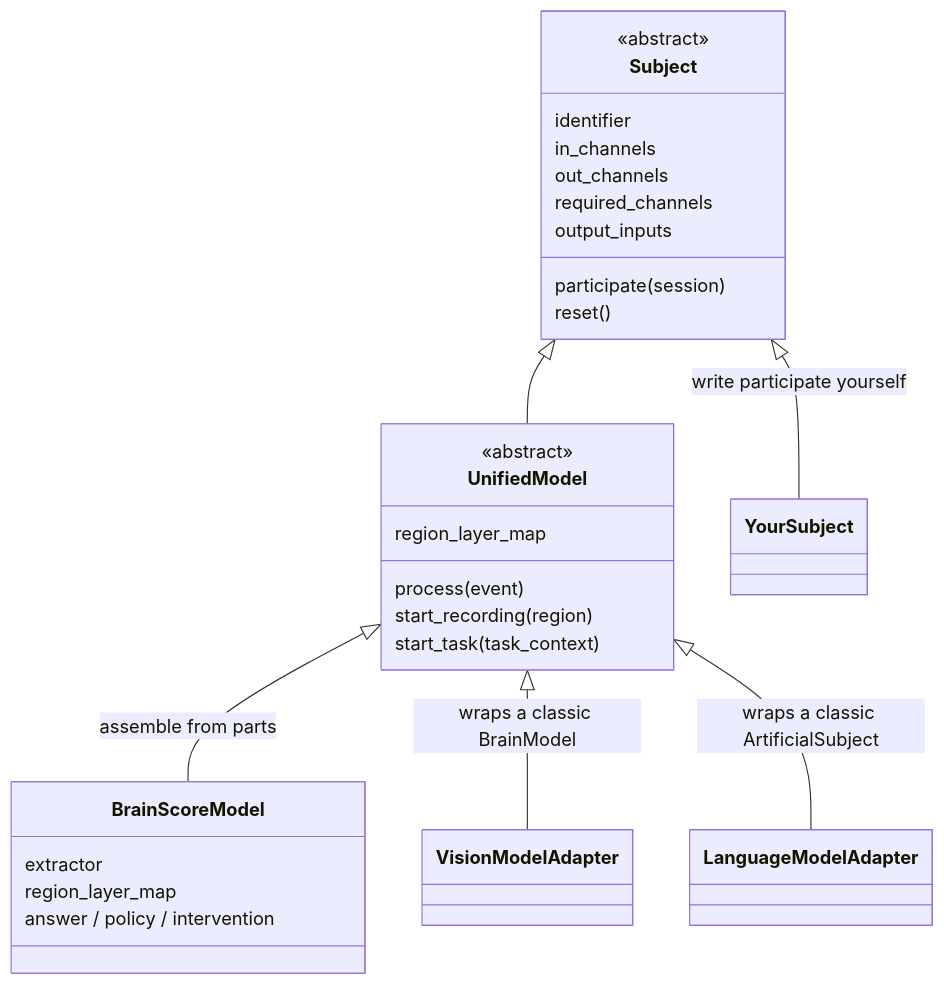
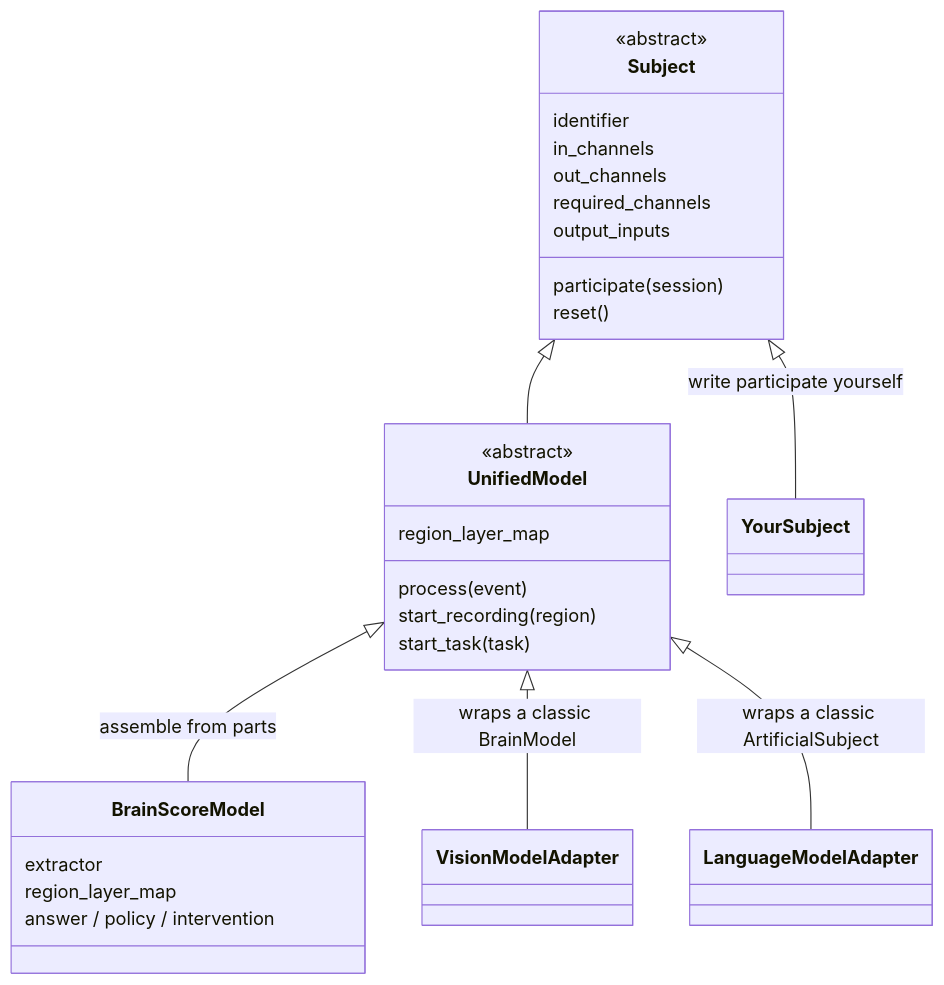
Before and after one commit to KartikP/brainscore-unified: the first of 3 diagrams in docs/03_class_map.md, drawn with Mermaid. The commit also changed 129 other files, not shown here.

````diff
--- a/docs/03_class_map.md
+++ b/docs/03_class_map.md
@@ -18,33 +18,33 @@
 ```mermaid
 classDiagram
     class Subject {
         <<abstract>>
         identifier
         in_channels
         out_channels
         required_channels
         output_inputs
         participate(session)
         reset()
     }
     class UnifiedModel {
         <<abstract>>
         region_layer_map
         process(event)
         start_recording(region)
-        start_task(task_context)
+        start_task(task)
     }
     class BrainScoreModel {
         extractor
         region_layer_map
         answer / policy / intervention
     }
     class VisionModelAdapter
     class LanguageModelAdapter
     class YourSubject
     Subject <|-- YourSubject : write participate yourself
     Subject <|-- UnifiedModel
     UnifiedModel <|-- BrainScoreModel : assemble from parts
     UnifiedModel <|-- VisionModelAdapter : wraps a classic BrainModel
     UnifiedModel <|-- LanguageModelAdapter : wraps a classic ArtificialSubject
 ```
````
